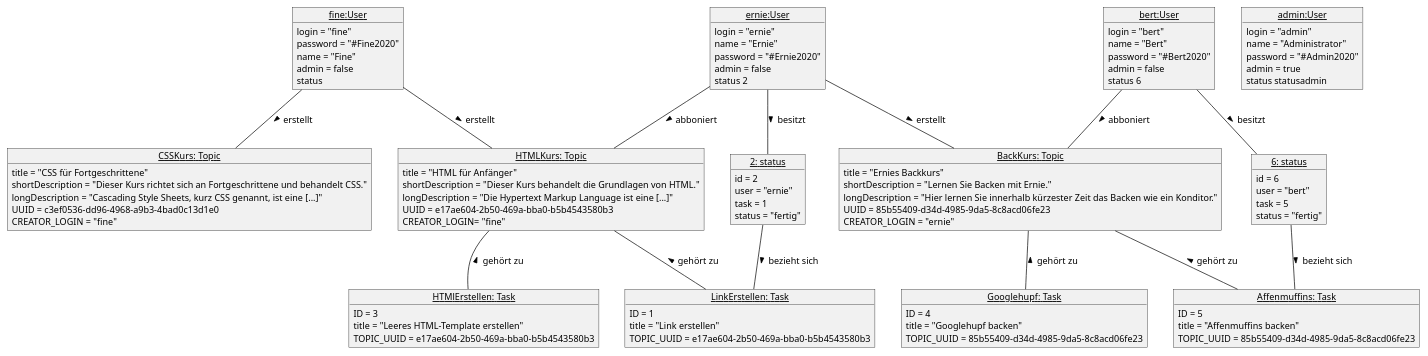
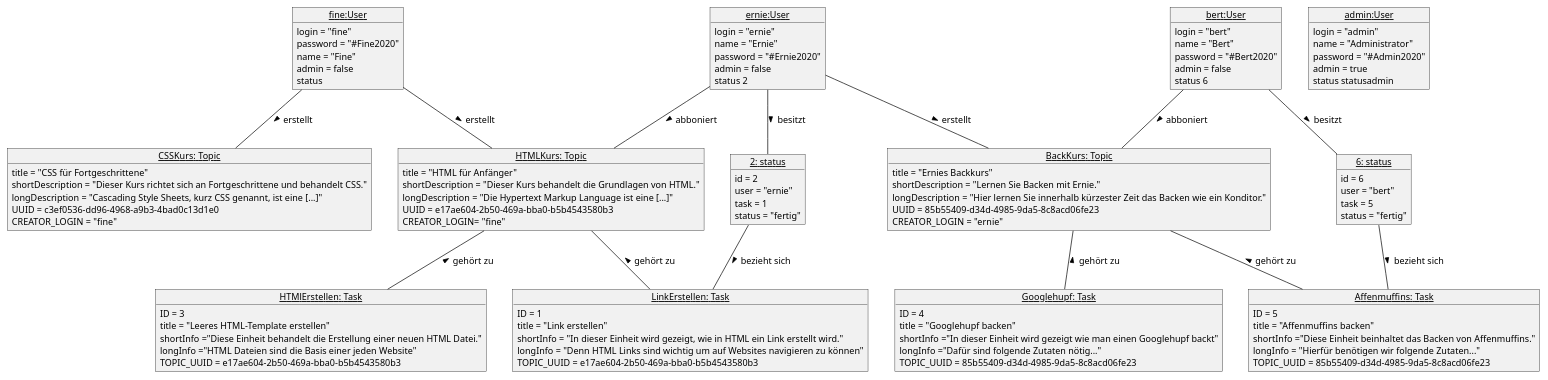
The diagram in doku/Objektmodell.plantuml (SimonHirner/agenda20), drawn with PlantUML before and after one commit. The commit also changed 1 other file, not shown here.

Commit message:
AG-14 Kurz- und Langbeschreibungen von Tasks

```diff
--- a/doku/Objektmodell.plantuml
+++ b/doku/Objektmodell.plantuml
@@ -1,123 +1,131 @@
 @startuml
 
 ' Layout
 skinparam classAttributeIconSize 0
 skinparam monochrome true
 skinparam shadowing false
 skinparam DefaultFontName arial
 skinparam DefaultFontSize 12
 skinparam ClassFontStyle bold
 
 'User
 object "<u>fine:User</u>" as fine{
     login = "fine"
     password = "#Fine2020"
     name = "Fine"
     admin = false
     status
 }
 object "<u>ernie:User</u>" as ernie{
     login = "ernie"
     name = "Ernie"
     password = "#Ernie2020"
     admin = false
     status 2
 }
 object "<u>bert:User</u>" as bert{
     login = "bert"
     name = "Bert"
     password = "#Bert2020"
     admin = false
     status 6
 }
 object "<u>admin:User</u>" as admin{
     login = "admin"
     name = "Administrator"
     password = "#Admin2020"
     admin = true
     status statusadmin
 }
 
 'Topics
 object "<u>HTMLKurs: Topic</u>" as HTMLKurs{
     title = "HTML für Anfänger"
     shortDescription = "Dieser Kurs behandelt die Grundlagen von HTML."
     longDescription = "Die Hypertext Markup Language ist eine [...]"
     UUID = e17ae604-2b50-469a-bba0-b5b4543580b3
     CREATOR_LOGIN= "fine"
 
 }
 object "<u>CSSKurs: Topic</u>" as CSSKurs{
     title = "CSS für Fortgeschrittene"
     shortDescription = "Dieser Kurs richtet sich an Fortgeschrittene und behandelt CSS."
     longDescription = "Cascading Style Sheets, kurz CSS genannt, ist eine [...]"
     UUID = c3ef0536-dd96-4968-a9b3-4bad0c13d1e0
     CREATOR_LOGIN = "fine"
 }
 object "<u>BackKurs: Topic</u>" as BackKurs{
     title = "Ernies Backkurs"
     shortDescription = "Lernen Sie Backen mit Ernie."
     longDescription = "Hier lernen Sie innerhalb kürzester Zeit das Backen wie ein Konditor."
     UUID = 85b55409-d34d-4985-9da5-8c8acd06fe23
     CREATOR_LOGIN = "ernie"
 }
 
 'Tasks
 object "<u>LinkErstellen: Task</u>" as LinkErstellen {
     ID = 1
     title = "Link erstellen"
+    shortInfo = "In dieser Einheit wird gezeigt, wie in HTML ein Link erstellt wird."
+    longInfo = "Denn HTML Links sind wichtig um auf Websites navigieren zu können"
     TOPIC_UUID = e17ae604-2b50-469a-bba0-b5b4543580b3
 }
 object "<u>HTMlErstellen: Task</u>" as HTMlErstellen {
     ID = 3
     title = "Leeres HTML-Template erstellen"
+    shortInfo ="Diese Einheit behandelt die Erstellung einer neuen HTML Datei."
+    longInfo ="HTML Dateien sind die Basis einer jeden Website"
     TOPIC_UUID = e17ae604-2b50-469a-bba0-b5b4543580b3
 }
 object "<u>Googlehupf: Task</u>" as Googlehupf {
     ID = 4
     title = "Googlehupf backen"
+    shortInfo ="In dieser Einheit wird gezeigt wie man einen Googlehupf backt"
+    longInfo ="Dafür sind folgende Zutaten nötig..."
     TOPIC_UUID = 85b55409-d34d-4985-9da5-8c8acd06fe23
 }
 object "<u>Affenmuffins: Task</u>" as Affenmuffins {
     ID = 5
     title = "Affenmuffins backen"
+    shortInfo ="Diese Einheit beinhaltet das Backen von Affenmuffins."
+    longInfo = "Hierfür benötigen wir folgende Zutaten..."
     TOPIC_UUID = 85b55409-d34d-4985-9da5-8c8acd06fe23
 }
 
 'status
 object "<u>2: status</u>" as 2{
 	id = 2
 	user = "ernie"
 	task = 1
 	status = "fertig"
 }
 
 object "<u>6: status</u>" as 6{
 	id = 6
 	user = "bert"
 	task = 5
 	status = "fertig"
 }
 
 'Assoziationen
 fine -- HTMLKurs :> erstellt
 fine -- CSSKurs :> erstellt
 ernie -- BackKurs :> erstellt
 
 ernie -- 2 :> besitzt
 bert -- 6 :> besitzt
 
 ernie -- HTMLKurs :> abboniert
 bert -- BackKurs :> abboniert
 
 HTMLKurs -- LinkErstellen :< gehört zu
 HTMLKurs -- HTMlErstellen :< gehört zu
 
 6 -- Affenmuffins :> bezieht sich
 2 -- LinkErstellen :> bezieht sich
 
 BackKurs -- Googlehupf :< gehört zu
 BackKurs -- Affenmuffins :< gehört zu
 
 
 @enduml
```
